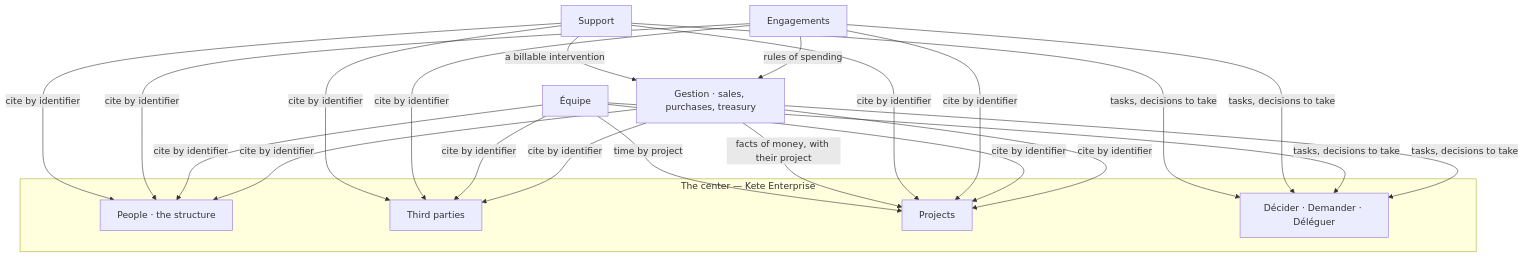
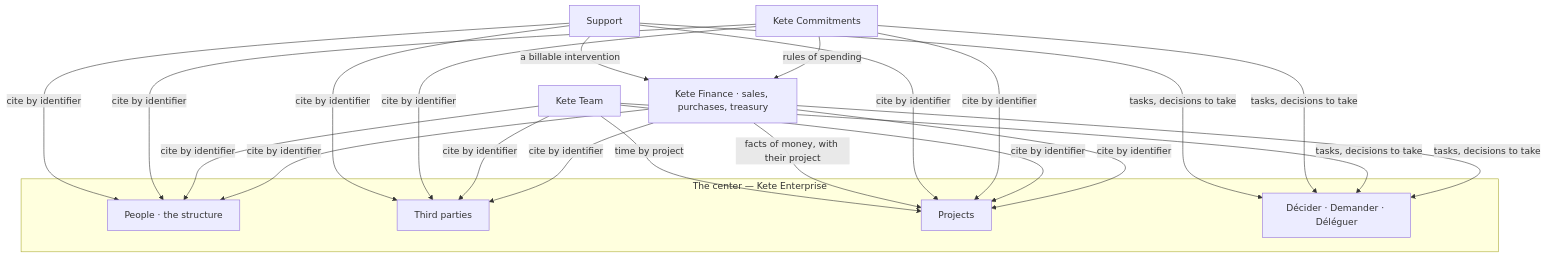
The diagram in docs/design/apps-2026-10.md (kete-africa/kete-enterprise), drawn with Mermaid before and after one commit. The commit also changed other lines of this file and 10 other files, not shown here.

First line of the commit message:
docs: product names in English — Kete Finance, Kete Team, Kete Commitments

````diff
--- a/docs/design/apps-2026-10.md
+++ b/docs/design/apps-2026-10.md
@@ -9,19 +9,19 @@
 ```mermaid
 flowchart TB
   subgraph Center["The center — Kete Enterprise"]
     P[People · the structure]
     T[Third parties]
     J[Projects]
     D[Décider · Demander · Déléguer]
   end
-  G[Gestion · sales, purchases, treasury]
-  E[Équipe]
-  N[Engagements]
+  G[Kete Finance · sales, purchases, treasury]
+  E[Kete Team]
+  N[Kete Commitments]
   S[Support]
   G & E & N & S -->|cite by identifier| P & T & J
   G & E & N & S -->|tasks, decisions to take| D
   G -->|facts of money, with their project| J
   E -->|time by project| J
   N -->|rules of spending| G
   S -->|a billable intervention| G
 ```
````
